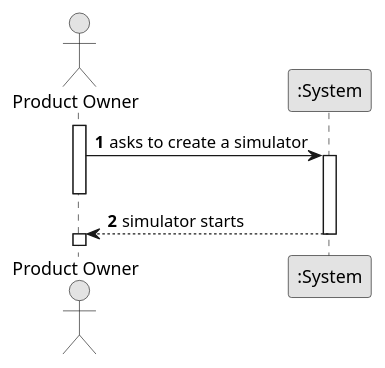
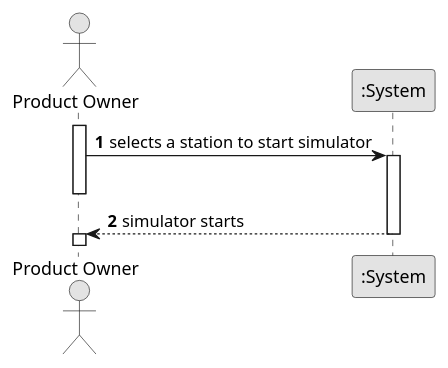
Before and after one commit to ivasduarte/all-aboard: the diagram in docs/sprint1/us012/01.requirements-engineering/puml/us012-system-sequence-diagram.puml, drawn with PlantUML. The commit also changed 2 other files, not shown here.

```diff
--- a/docs/sprint1/us012/01.requirements-engineering/puml/us012-system-sequence-diagram.puml
+++ b/docs/sprint1/us012/01.requirements-engineering/puml/us012-system-sequence-diagram.puml
@@ -1,21 +1,21 @@
 @startuml
 skinparam monochrome true
 skinparam packageStyle rectangle
 skinparam shadowing false
 
 autonumber
 
 actor "Product Owner" as ProductOwner
 participant ":System" as System
 
 activate ProductOwner
 
-    ProductOwner -> System : asks to create a simulator
+    ProductOwner -> System : selects a station to start simulator
     activate System
     deactivate ProductOwner
 
     System --> ProductOwner : simulator starts
     deactivate System
     activate ProductOwner
 
 @enduml
```
